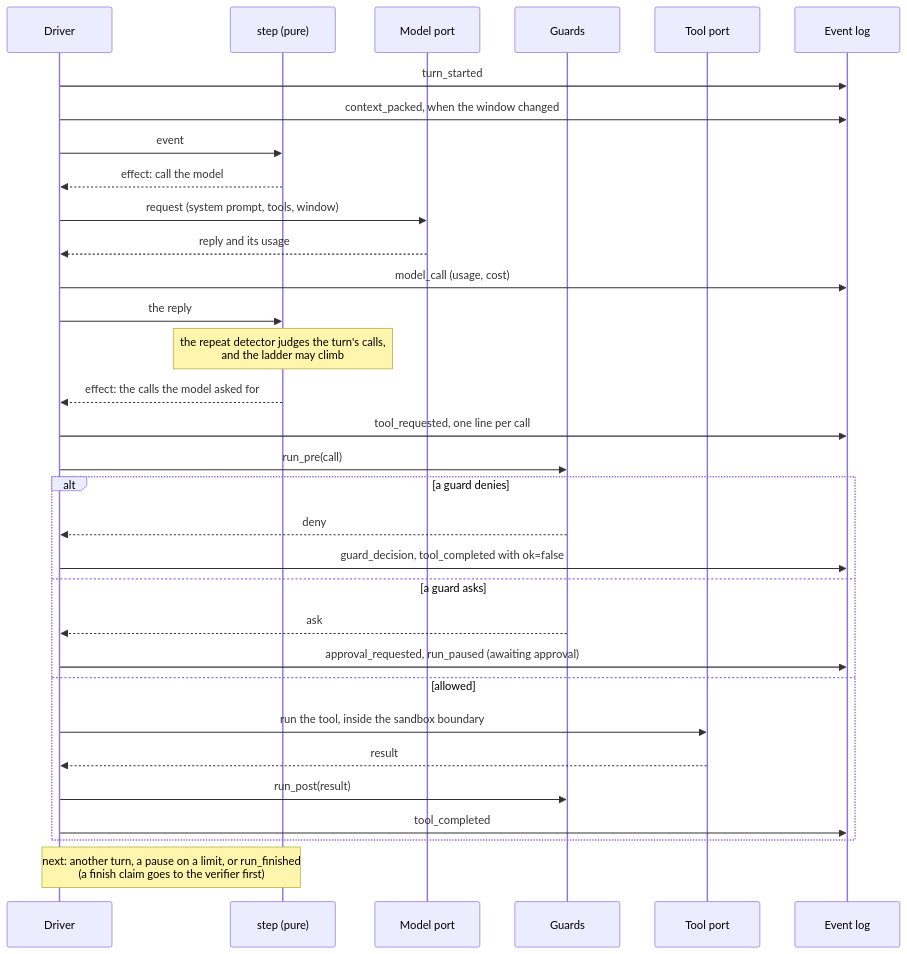
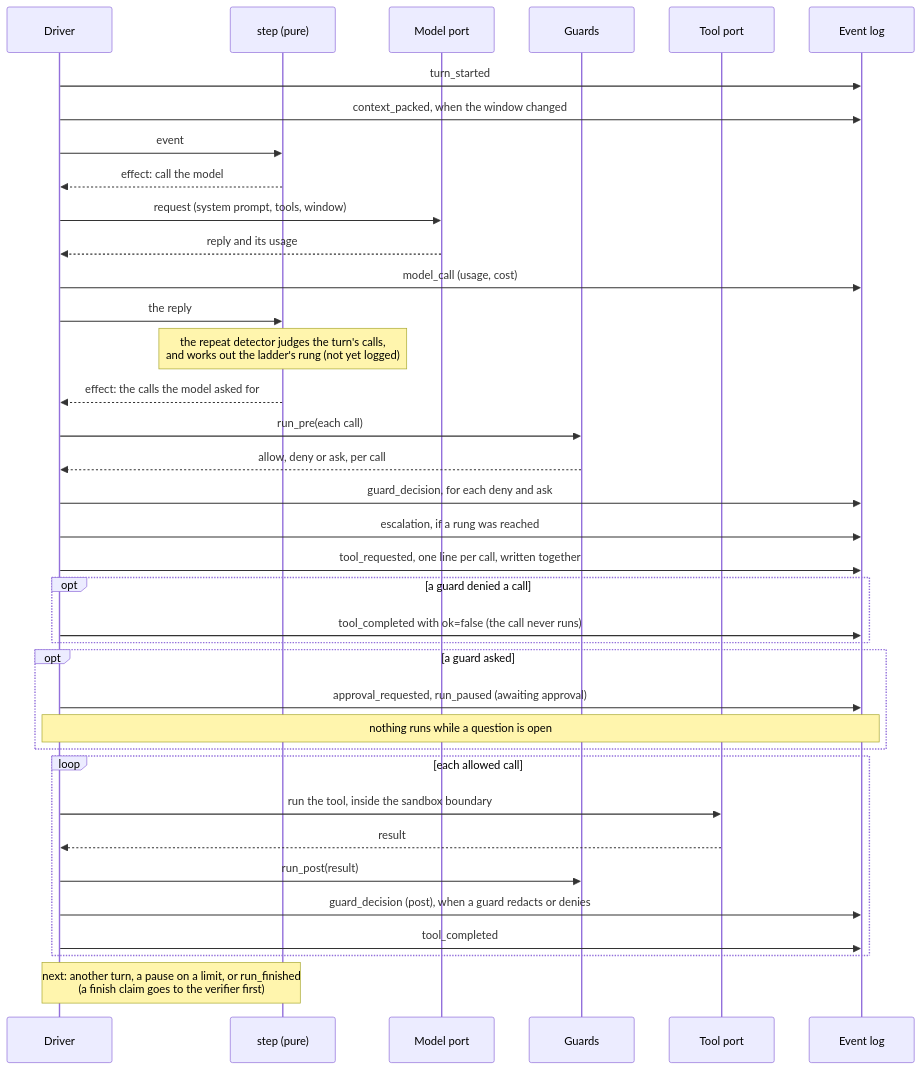
Before and after one commit to kangaliaisaac/loomcore: the third of 4 diagrams in README.md, drawn with Mermaid. The commit also changed other lines of this file, not shown here.

Commit message:
Answer the review of the diagrams: the guards and the escalation come before the tool_requested lines
The sequence diagram wrote tool_requested first and then ran the pre guards. The spec has the driver run run_pre and write the guard_decision lines, then the escalation, then the turn's tool_requested lines together, then complete a denied call, pause on an ask, and run the rest; the diagram now shows that order, with the post guards' decisions before tool_completed. The ladder's rung 3 says the run pauses until the question is answered, and the log and ledger nodes no longer name session.jsonl and spend.jsonl as fixed file names.

````diff
--- a/README.md
+++ b/README.md
@@ -94,35 +94,40 @@
 ```mermaid
 sequenceDiagram
     participant D as Driver
     participant S as step (pure)
     participant M as Model port
     participant G as Guards
     participant T as Tool port
     participant L as Event log
 
     D->>L: turn_started
     D->>L: context_packed, when the window changed
     D->>S: event
     S-->>D: effect: call the model
     D->>M: request (system prompt, tools, window)
     M-->>D: reply and its usage
     D->>L: model_call (usage, cost)
     D->>S: the reply
-    Note over S: the repeat detector judges the turn's calls,<br/>and the ladder may climb
+    Note over S: the repeat detector judges the turn's calls,<br/>and works out the ladder's rung (not yet logged)
     S-->>D: effect: the calls the model asked for
-    D->>L: tool_requested, one line per call
-    D->>G: run_pre(call)
-    alt a guard denies
-        G-->>D: deny
-        D->>L: guard_decision, tool_completed with ok=false
-    else a guard asks
-        G-->>D: ask
+    D->>G: run_pre(each call)
+    G-->>D: allow, deny or ask, per call
+    D->>L: guard_decision, for each deny and ask
+    D->>L: escalation, if a rung was reached
+    D->>L: tool_requested, one line per call, written together
+    opt a guard denied a call
+        D->>L: tool_completed with ok=false (the call never runs)
+    end
+    opt a guard asked
         D->>L: approval_requested, run_paused (awaiting approval)
-    else allowed
+        Note over D,L: nothing runs while a question is open
+    end
+    loop each allowed call
         D->>T: run the tool, inside the sandbox boundary
         T-->>D: result
         D->>G: run_post(result)
+        D->>L: guard_decision (post), when a guard redacts or denies
         D->>L: tool_completed
     end
     Note over D,S: next: another turn, a pause on a limit, or run_finished<br/>(a finish claim goes to the verifier first)
 ```
````
